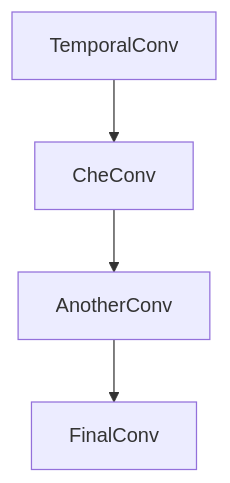
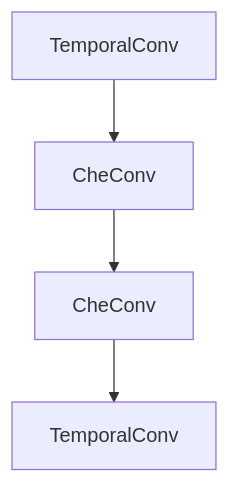
One commit to sc2213404/badaunjin_score changed the diagram in README.md. Above: the diagram before and after it, drawn with Mermaid. The commit also changed other lines of this file, not shown here.

````diff
--- a/README.md
+++ b/README.md
@@ -13,6 +3,6 @@
 ```mermaid
 flowchart TD
     A[TemporalConv] --> B[CheConv]
-    B --> C[AnotherConv]
-    C --> D[FinalConv]
+    B --> C[CheConv]
+    C --> D[TemporalConv]
 ```
````
